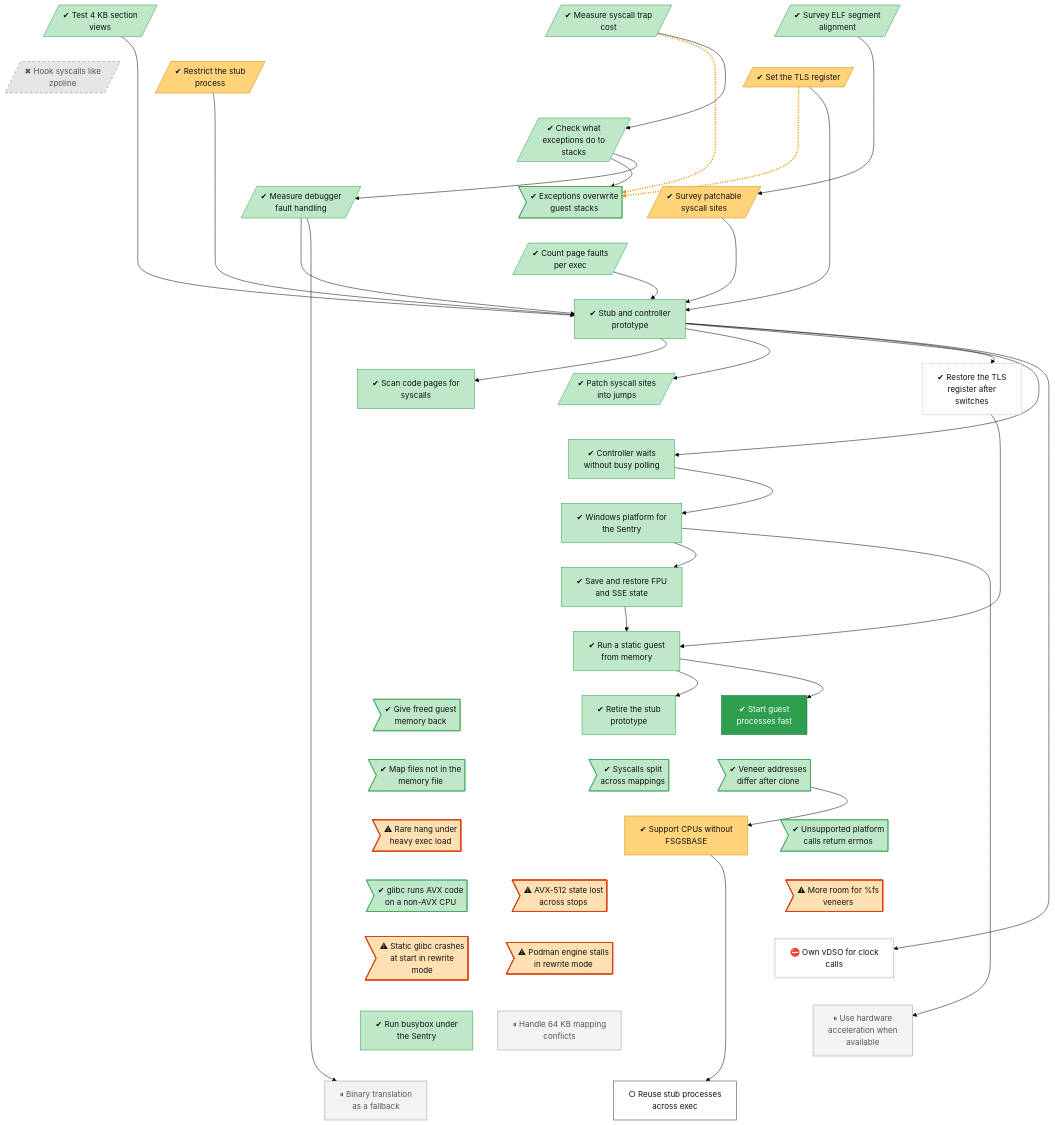
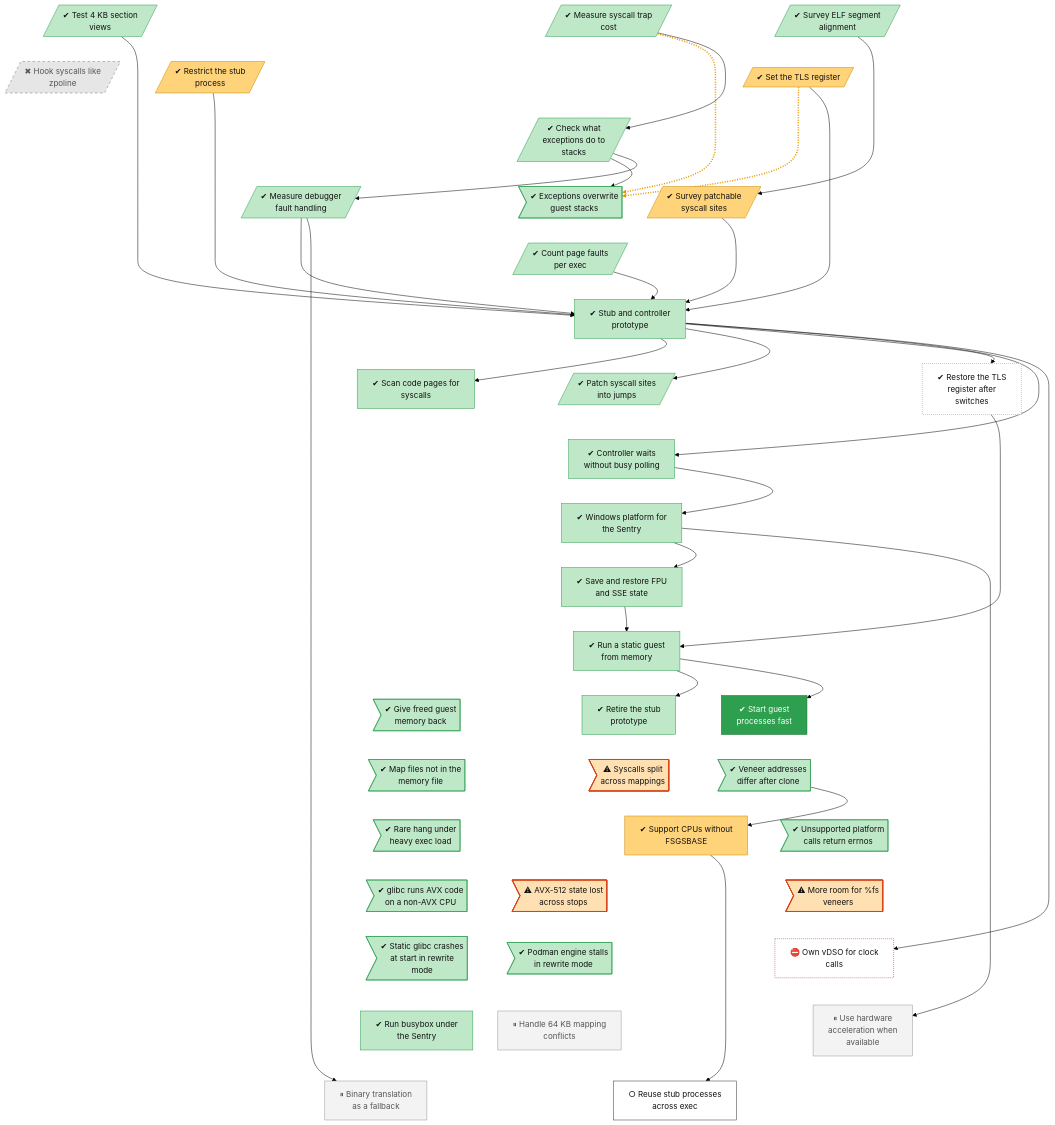
Before and after one commit to lhns/gvisor-windows: the diagram in docs/roadmap/tracks/platform.md, drawn with Mermaid (forest theme). The commit also changed other lines of this file and 4 other files, not shown here.

Commit message:
Record the platform stability results and reopen the syscall seam

```diff
--- a/docs/roadmap/tracks/platform.md
+++ b/docs/roadmap/tracks/platform.md
@@ -31,17 +31,17 @@
     platform_retire_prototype["✔ Retire the stub<br/>prototype"]
     platform_memory_release>"✔ Give freed guest<br/>memory back"]
     platform_fast_process_start["✔ Start guest<br/>processes fast"]
-    platform_split_syscall_unpatched>"✔ Syscalls split<br/>across mappings"]
+    platform_split_syscall_unpatched>"⚠ Syscalls split<br/>across mappings"]
     platform_map_files_without_sections>"✔ Map files not in the<br/>memory file"]
     platform_veneer_address_in_child>"✔ Veneer addresses<br/>differ after clone"]
     platform_no_fsgsbase_fallback["✔ Support CPUs without<br/>FSGSBASE"]
-    platform_rare_hang_under_exec_load>"⚠ Rare hang under<br/>heavy exec load"]
+    platform_rare_hang_under_exec_load>"✔ Rare hang under<br/>heavy exec load"]
     platform_unsupported_errno>"✔ Unsupported platform<br/>calls return errnos"]
     platform_avx512_state_lost>"⚠ AVX-512 state lost<br/>across stops"]
     platform_avx_on_non_avx_cpu>"✔ glibc runs AVX code<br/>on a non-AVX CPU"]
     platform_fs_veneer_capacity>"⚠ More room for %fs<br/>veneers"]
-    platform_rewrite_mode_slow_engine>"⚠ Podman engine stalls<br/>in rewrite mode"]
-    platform_rewrite_glibc_init_crash>"⚠ Static glibc crashes<br/>at start in rewrite<br/>mode"]
+    platform_rewrite_mode_slow_engine>"✔ Podman engine stalls<br/>in rewrite mode"]
+    platform_rewrite_glibc_init_crash>"✔ Static glibc crashes<br/>at start in rewrite<br/>mode"]
     platform_own_vdso["⛔ Own vDSO for clock<br/>calls"]
     platform_64k_mapping_conflicts["⏸ Handle 64 KB mapping<br/>conflicts"]
     platform_busybox_on_windows["✔ Run busybox under<br/>the Sentry"]
@@ -133,12 +133,12 @@
     classDef decided fill:#ece0f7,stroke:#7b3fb5,stroke-dasharray:2 2,color:#111
     classDef finding fill:#ffe0b2,stroke:#d84315,stroke-width:2px,color:#111
     classDef waiting fill:#e3f2fd,stroke:#1f6fc5,stroke-dasharray:5 5,color:#111
-    class platform_elf_alignment_survey,platform_trap_cost,platform_4k_section_views,platform_exception_stack,platform_veh_on_guest_stack_unsafe,platform_debug_event_cost,platform_faults_per_exec,platform_stub_controller,platform_page_verification,platform_syscall_fast_path,platform_controller_wakeups,platform_winstub,platform_fp_state,platform_static_guest_from_memory,platform_retire_prototype,platform_memory_release,platform_split_syscall_unpatched,platform_map_files_without_sections,platform_veneer_address_in_child,platform_unsupported_errno,platform_avx_on_non_avx_cpu,platform_busybox_on_windows succ
+    class platform_elf_alignment_survey,platform_trap_cost,platform_4k_section_views,platform_exception_stack,platform_veh_on_guest_stack_unsafe,platform_debug_event_cost,platform_faults_per_exec,platform_stub_controller,platform_page_verification,platform_syscall_fast_path,platform_controller_wakeups,platform_winstub,platform_fp_state,platform_static_guest_from_memory,platform_retire_prototype,platform_memory_release,platform_map_files_without_sections,platform_veneer_address_in_child,platform_rare_hang_under_exec_load,platform_unsupported_errno,platform_avx_on_non_avx_cpu,platform_rewrite_mode_slow_engine,platform_rewrite_glibc_init_crash,platform_busybox_on_windows succ
     class platform_tls_register,platform_restricted_stub,platform_syscall_site_survey,platform_no_fsgsbase_fallback mixed
     class platform_zpoline_hooks dead
     class platform_fs_base_repair unrated
     class platform_fast_process_start vsucc
-    class platform_rare_hang_under_exec_load,platform_avx512_state_lost,platform_fs_veneer_capacity,platform_rewrite_mode_slow_engine,platform_rewrite_glibc_init_crash finding
+    class platform_split_syscall_unpatched,platform_avx512_state_lost,platform_fs_veneer_capacity finding
     class platform_own_vdso blocked
     class platform_64k_mapping_conflicts,platform_hardware_acceleration,platform_binary_translation_fallback parked
     class platform_recycle_stubs next
```
